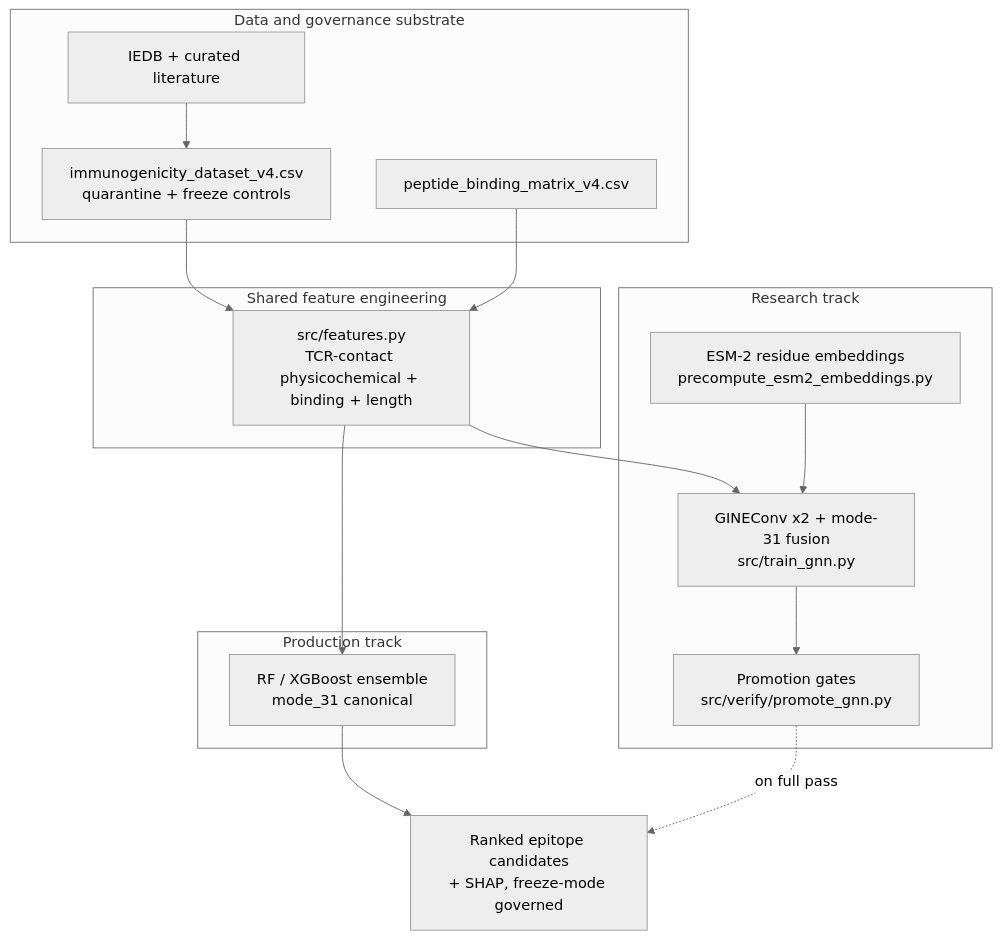
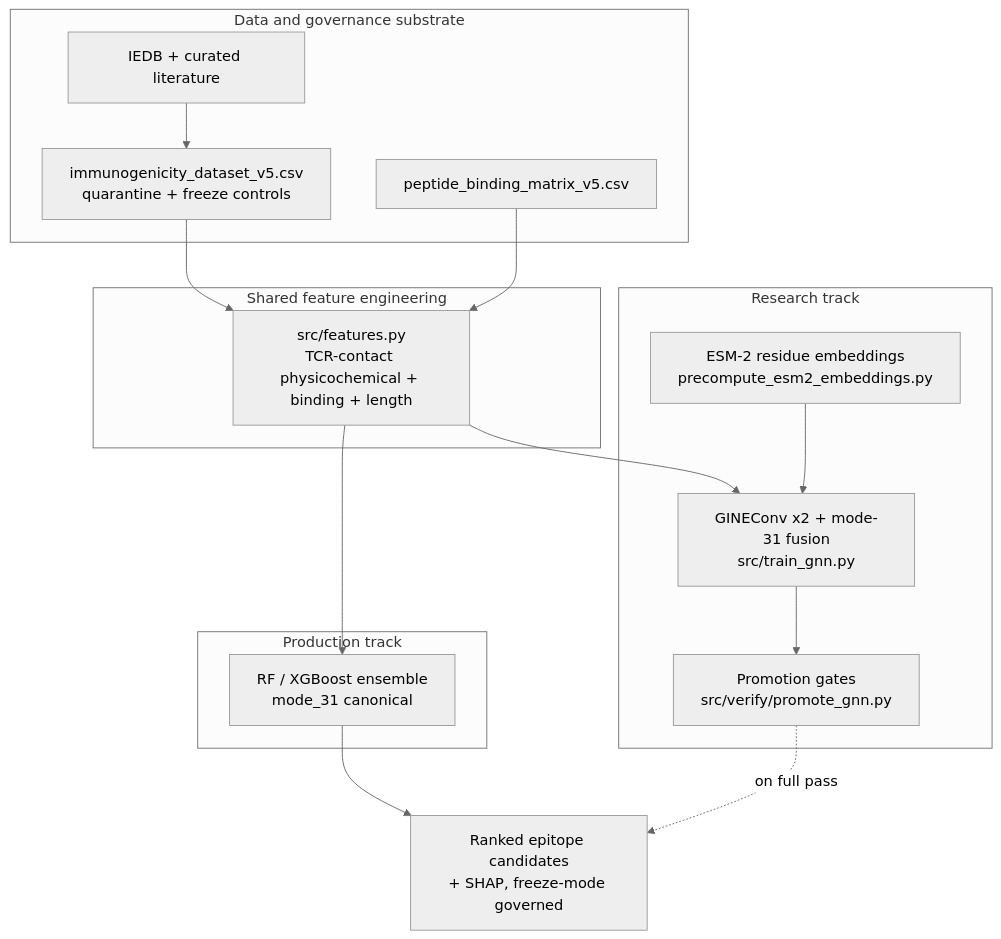
One commit to Gavin-Borges/SESTRAV changed the first of 2 diagrams in ARCHITECTURE.md. Above: the diagram before and after it, drawn with Mermaid (neutral theme). The commit also changed other lines of this file and 8 other files, not shown here.

````diff
--- a/ARCHITECTURE.md
+++ b/ARCHITECTURE.md
@@ -57,31 +57,31 @@
 ```mermaid
 flowchart TB
     subgraph data [Data and governance substrate]
         IEDB[IEDB + curated literature]
-        DS[immunogenicity_dataset_v4.csv\nquarantine + freeze controls]
-        BM[peptide_binding_matrix_v4.csv]
+        DS[immunogenicity_dataset_v5.csv\nquarantine + freeze controls]
+        BM[peptide_binding_matrix_v5.csv]
     end
 
     subgraph feat [Shared feature engineering]
         FX[src/features.py\nTCR-contact physicochemical + binding + length]
     end
 
     subgraph prod [Production track]
         RF[RF / XGBoost ensemble\nmode_31 canonical]
     end
 
     subgraph research [Research track]
         ESM[ESM-2 residue embeddings\nprecompute_esm2_embeddings.py]
         GNN[GINEConv x2 + mode-31 fusion\nsrc/train_gnn.py]
         GATE[Promotion gates\nsrc/verify/promote_gnn.py]
     end
 
     IEDB --> DS --> FX
     BM --> FX
     FX --> RF
     FX --> GNN
     ESM --> GNN
     GNN --> GATE
     RF --> OUT[Ranked epitope candidates\n+ SHAP, freeze-mode governed]
     GATE -. on full pass .-> OUT
 ```
````
